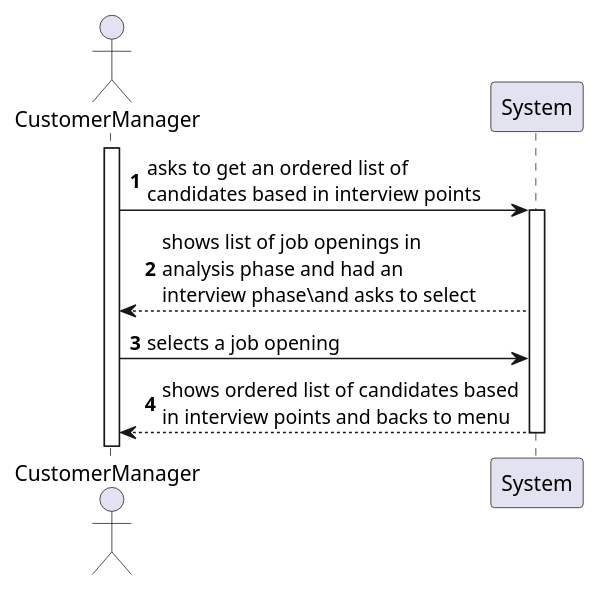
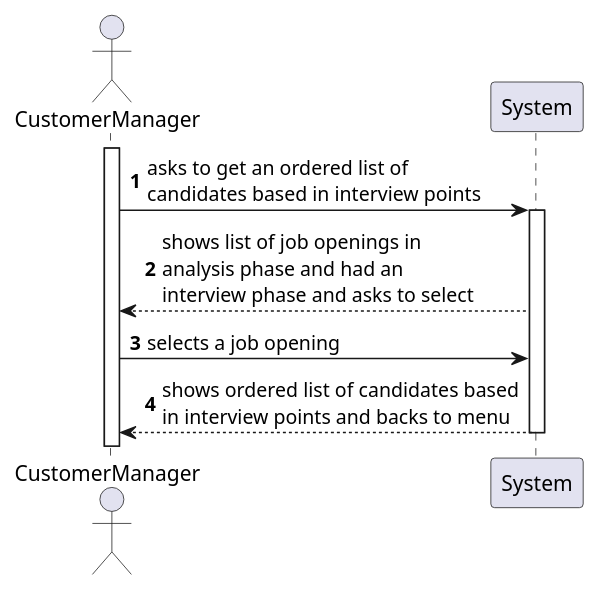
Before and after one commit to Rodrick0209/ISEP-SEM4PI-23-24: the diagram in docs/SprintC/us1019/SSD/SSD.puml, drawn with PlantUML. The commit also changed 1 other file, not shown here.

```diff
--- a/docs/SprintC/us1019/SSD/SSD.puml
+++ b/docs/SprintC/us1019/SSD/SSD.puml
@@ -1,17 +1,17 @@
 @startuml
 'https://plantuml.com/sequence-diagram
 
 autonumber
 
 actor CustomerManager
 participant System
 
 activate CustomerManager
 CustomerManager -> System : asks to get an ordered list of\ncandidates based in interview points
 activate System
-System --> CustomerManager : shows list of job openings in \nanalysis phase and had an\ninterview phase\and asks to select
+System --> CustomerManager : shows list of job openings in \nanalysis phase and had an\ninterview phase and asks to select
 CustomerManager -> System : selects a job opening
 System --> CustomerManager : shows ordered list of candidates based\nin interview points and backs to menu
 deactivate System
 
 @enduml
```
